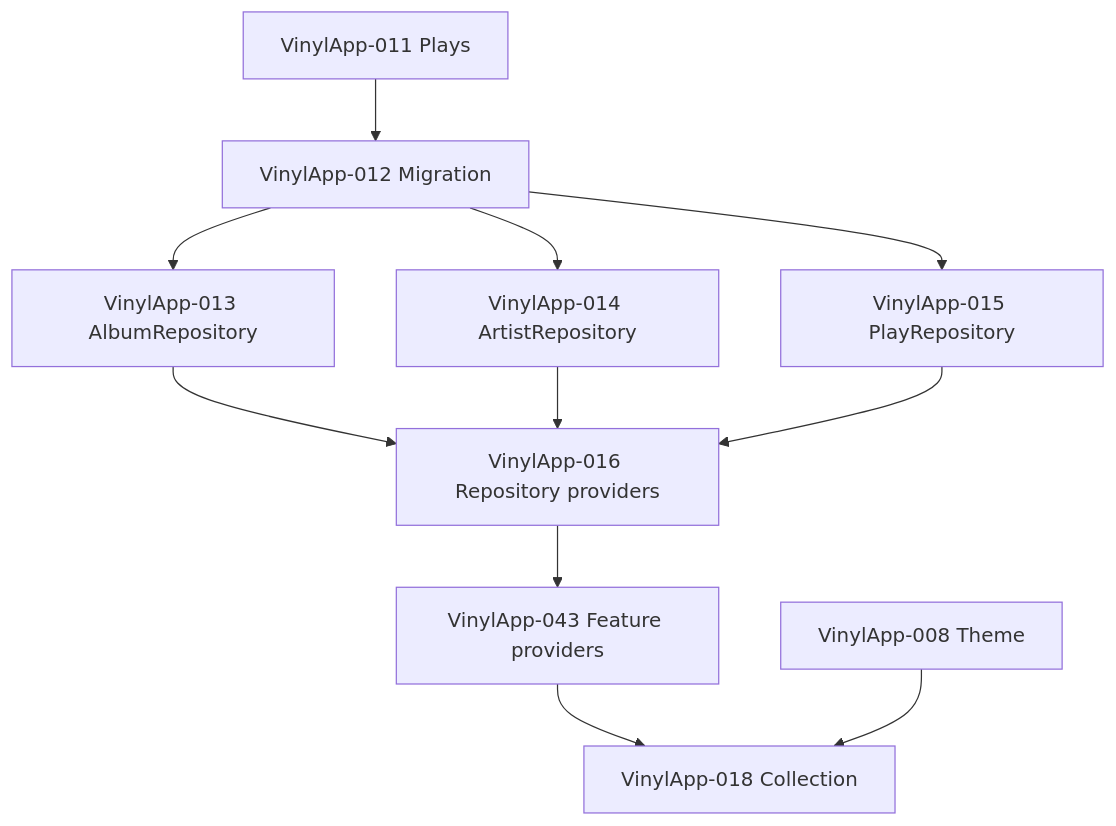
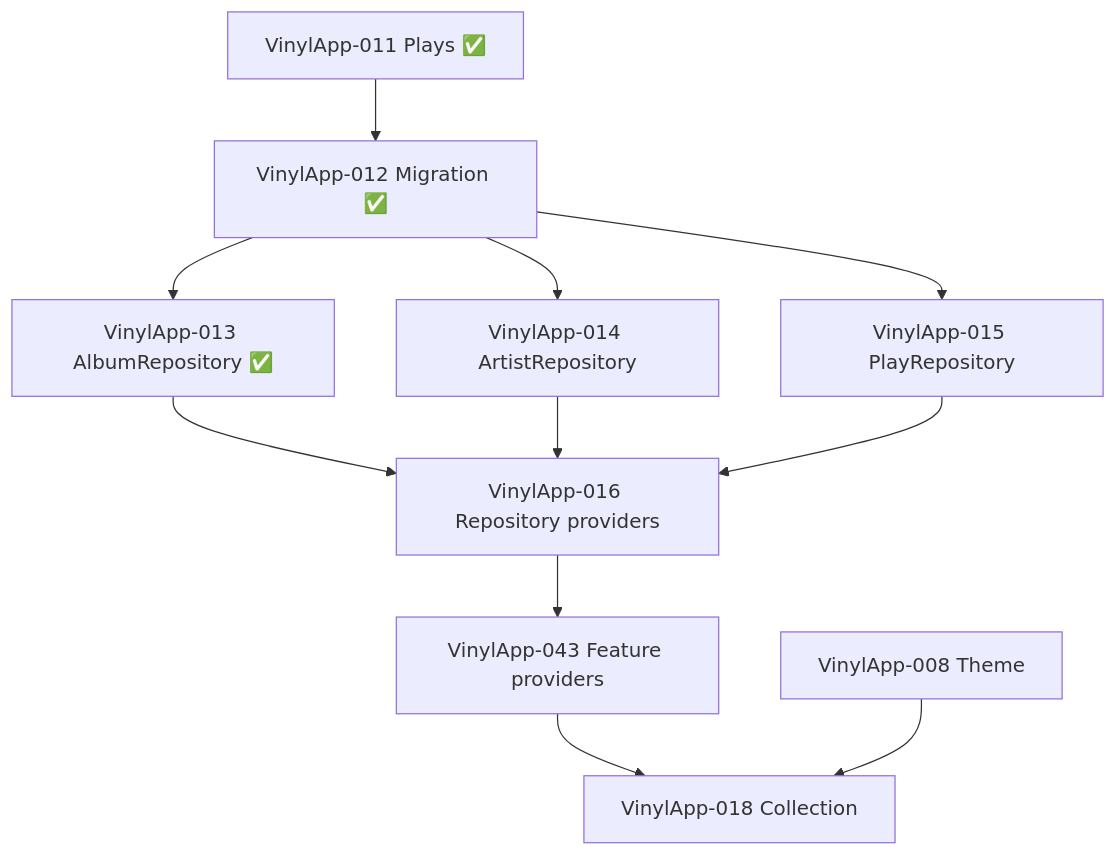
The third of 3 diagrams in docs/architecture/dependency-graph.md (hunter-goller/Groovefolio), drawn with Mermaid before and after one commit. The commit also changed other lines of this file and 24 other files, not shown here.

First line of the commit message:
VinylApp-013: AlbumRepository (#21)

````diff
--- a/docs/architecture/dependency-graph.md
+++ b/docs/architecture/dependency-graph.md
@@ -65,23 +72,23 @@
 ```mermaid
 flowchart TD
-    T11[VinylApp-011 Plays]
-    T12[VinylApp-012 Migration]
-    T13[VinylApp-013 AlbumRepository]
+    T11[VinylApp-011 Plays ✅]
+    T12[VinylApp-012 Migration ✅]
+    T13[VinylApp-013 AlbumRepository ✅]
     T14[VinylApp-014 ArtistRepository]
     T15[VinylApp-015 PlayRepository]
     T16[VinylApp-016 Repository providers]
     T43[VinylApp-043 Feature providers]
     T08[VinylApp-008 Theme]
     T18[VinylApp-018 Collection]
 
     T11 --> T12
     T12 --> T13
     T12 --> T14
     T12 --> T15
     T13 --> T16
     T14 --> T16
     T15 --> T16
     T16 --> T43
     T43 --> T18
     T08 --> T18
 ```
````
